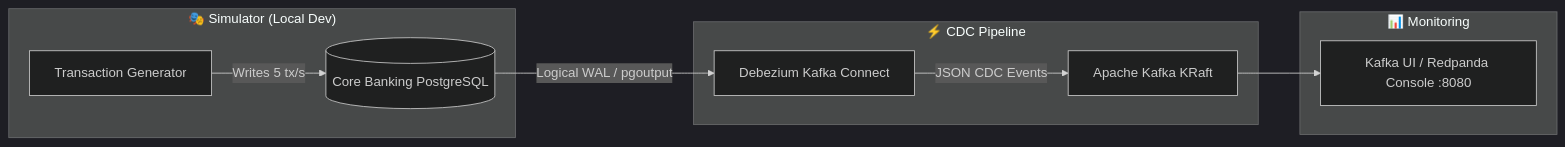
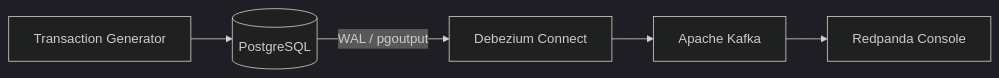
The diagram in README.md (TrNhDuong/Banking-Streaming), drawn with Mermaid (dark theme) before and after one commit. The commit also changed other lines of this file, not shown here.

````diff
--- a/README.md
+++ b/README.md
@@ -7,15 +7,7 @@
 ```mermaid
 flowchart LR
-    subgraph Simulator ["🎭 Simulator (Local Dev)"]
-        Gen[Transaction Generator] -->|Writes 5 tx/s| DB[(Core Banking PostgreSQL)]
-    end
-
-    subgraph CDC ["⚡ CDC Pipeline"]
-        DB -->|Logical WAL / pgoutput| Connect[Debezium Kafka Connect]
-        Connect -->|JSON CDC Events| Kafka[Apache Kafka KRaft]
-    end
-
-    subgraph Monitoring ["📊 Monitoring"]
-        Kafka --> UI[Kafka UI / Redpanda Console :8080]
-    end
+    Gen[Transaction Generator] --> DB[(PostgreSQL)]
+    DB -->|WAL / pgoutput| Connect[Debezium Connect]
+    Connect --> Kafka[Apache Kafka]
+    Kafka --> UI[Redpanda Console]
 ```
````
